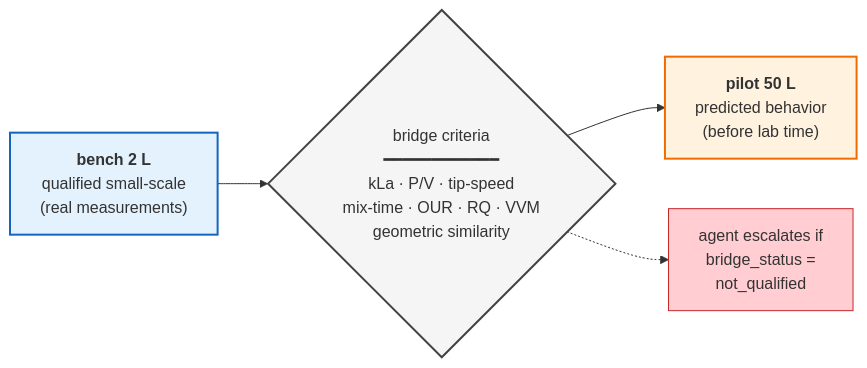
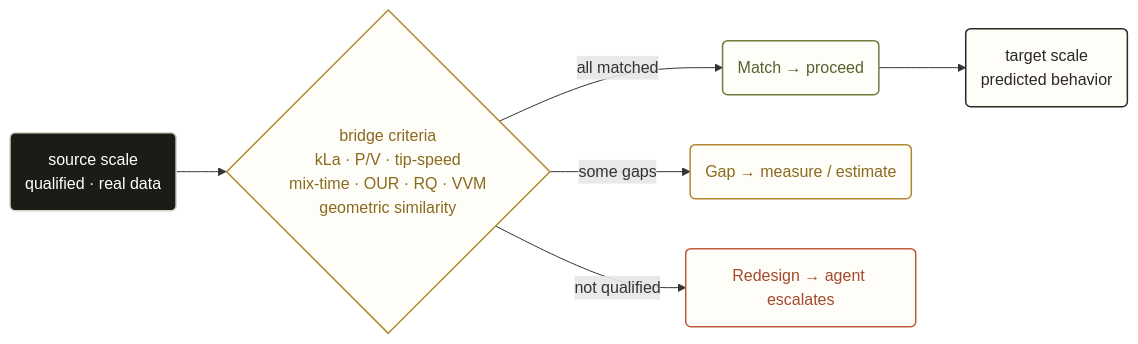
One commit to BioSymphony/ferm-doe changed the third of 14 diagrams in README.md. Above: the diagram before and after it, drawn with Mermaid. The commit also changed other lines of this file and 2 other files, not shown here.

First line of the commit message:
Convert README and visual overview diagrams to inline Mermaid

````diff
--- a/README.md
+++ b/README.md
@@ -31,15 +75,12 @@
 ```mermaid
 flowchart LR
-    SS["<b>bench 2 L</b><br/>qualified small-scale<br/>(real measurements)"]
-    BRIDGE{"bridge criteria<br/>━━━━━━━━━━━━<br/>kLa · P/V · tip-speed<br/>mix-time · OUR · RQ · VVM<br/>geometric similarity"}
-    LS["<b>pilot 50 L</b><br/>predicted behavior<br/>(before lab time)"]
-    R["agent escalates if<br/>bridge_status =<br/>not_qualified"]
-
-    SS --> BRIDGE --> LS
-    BRIDGE -.-> R
-
-    style SS fill:#e3f2fd,stroke:#1565c0,stroke-width:2px
-    style LS fill:#fff3e0,stroke:#ef6c00,stroke-width:2px
-    style BRIDGE fill:#f5f5f5,stroke:#424242,stroke-width:2px
-    style R fill:#ffcdd2,stroke:#c62828
+  SRC("source scale<br/>qualified · real data"):::hero --> BR{"bridge criteria<br/>kLa · P/V · tip-speed<br/>mix-time · OUR · RQ · VVM<br/>geometric similarity"}:::gate
+  BR -->|"all matched"| MATCH("Match → proceed"):::go --> TGT("target scale<br/>predicted behavior"):::proc
+  BR -->|"some gaps"| GAP("Gap → measure / estimate"):::gate
+  BR -->|"not qualified"| RED("Redesign → agent escalates"):::block
+  classDef hero fill:#1b1b18,stroke:#d9d2c0,color:#ffffff,stroke-width:1.5px;
+  classDef proc fill:#fffdf8,stroke:#2b2926,color:#2b2926,stroke-width:1.5px;
+  classDef gate fill:#fffdf8,stroke:#b0892f,color:#8a6a1f,stroke-width:1.5px;
+  classDef go fill:#fffdf8,stroke:#6f7d3f,color:#566230,stroke-width:1.5px;
+  classDef block fill:#fffdf8,stroke:#bf5a3c,color:#a44a2f,stroke-width:1.5px;
 ```
````
